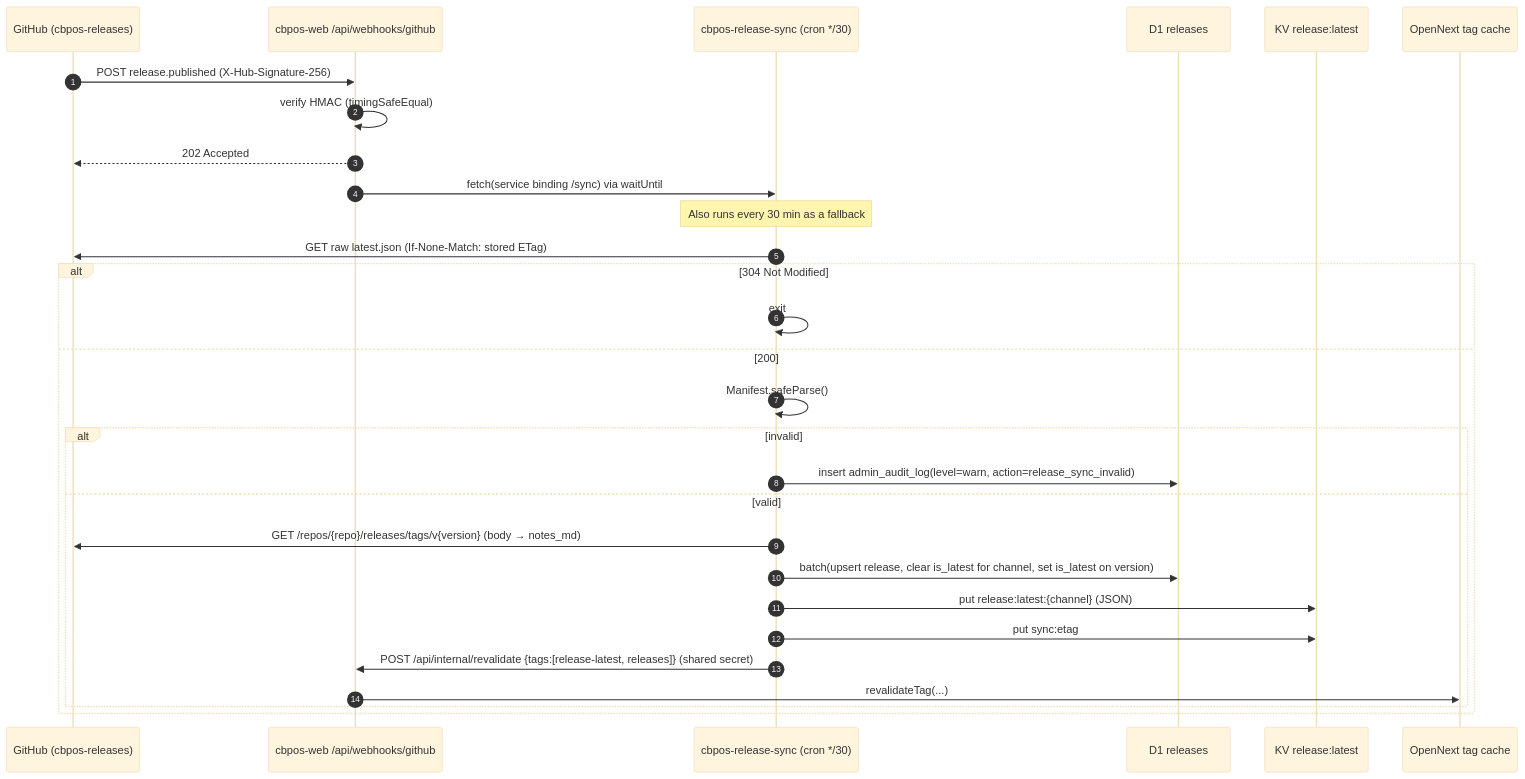
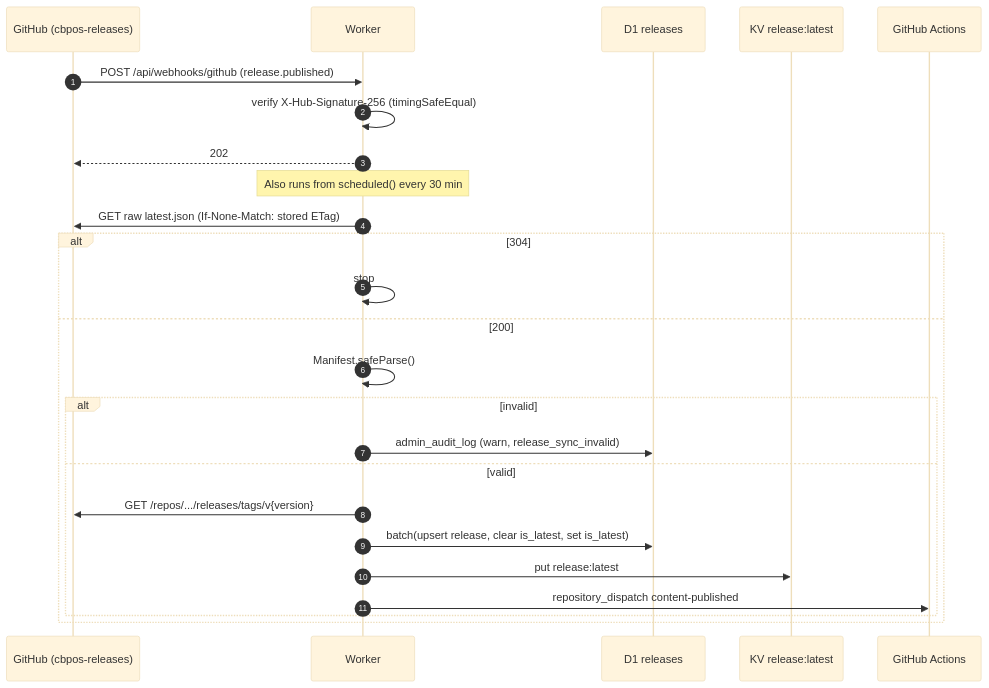
The third of 5 diagrams in docs/02-TRD.md (ceybyte/CeyByte.com), drawn with Mermaid (base theme) before and after one commit. The commit also changed other lines of this file, not shown here.

First line of the commit message:
docs(free): rewrite TRD for static export + Hono Worker

````diff
--- a/docs/02-TRD.md
+++ b/docs/02-TRD.md
@@ -365,32 +371,28 @@
 ```mermaid
 sequenceDiagram
   autonumber
   participant GH as GitHub (cbpos-releases)
-  participant WH as cbpos-web /api/webhooks/github
-  participant CR as cbpos-release-sync (cron */30)
+  participant W as Worker
   participant D1 as D1 releases
   participant KV as KV release:latest
-  participant NX as OpenNext tag cache
+  participant GA as GitHub Actions
 
-  GH->>WH: POST release.published (X-Hub-Signature-256)
-  WH->>WH: verify HMAC (timingSafeEqual)
-  WH-->>GH: 202 Accepted
-  WH->>CR: fetch(service binding /sync) via waitUntil
-  Note over CR: Also runs every 30 min as a fallback
-  CR->>GH: GET raw latest.json (If-None-Match: stored ETag)
-  alt 304 Not Modified
-    CR->>CR: exit
+  GH->>W: POST /api/webhooks/github (release.published)
+  W->>W: verify X-Hub-Signature-256 (timingSafeEqual)
+  W-->>GH: 202
+  Note over W: Also runs from scheduled() every 30 min
+  W->>GH: GET raw latest.json (If-None-Match: stored ETag)
+  alt 304
+    W->>W: stop
   else 200
-    CR->>CR: Manifest.safeParse()
+    W->>W: Manifest.safeParse()
     alt invalid
-      CR->>D1: insert admin_audit_log(level=warn, action=release_sync_invalid)
+      W->>D1: admin_audit_log (warn, release_sync_invalid)
     else valid
-      CR->>GH: GET /repos/{repo}/releases/tags/v{version} (body → notes_md)
-      CR->>D1: batch(upsert release, clear is_latest for channel, set is_latest on version)
-      CR->>KV: put release:latest:{channel} (JSON)
-      CR->>KV: put sync:etag
-      CR->>WH: POST /api/internal/revalidate {tags:[release-latest, releases]} (shared secret)
-      WH->>NX: revalidateTag(...)
+      W->>GH: GET /repos/.../releases/tags/v{version}
+      W->>D1: batch(upsert release, clear is_latest, set is_latest)
+      W->>KV: put release:latest
+      W->>GA: repository_dispatch content-published
     end
   end
 ```
````
